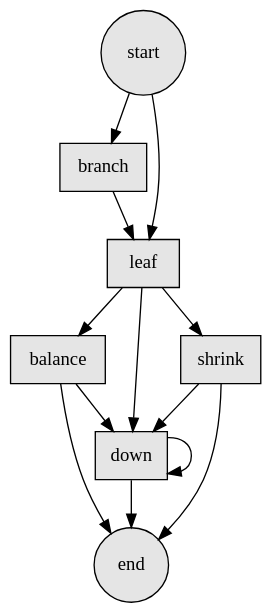
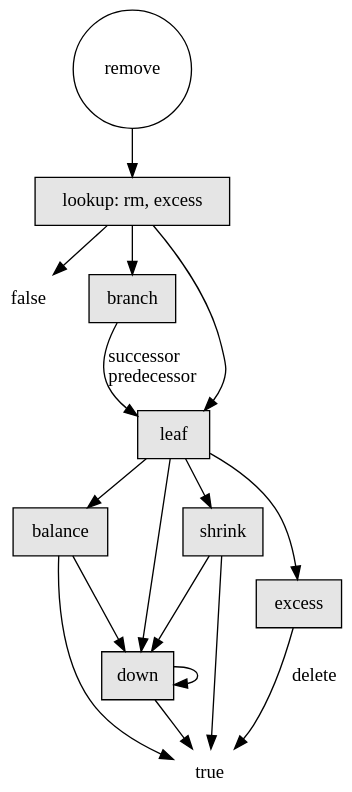
The diagram in doc/remove.gv (neil-edelman/boxes), drawn with Graphviz before and after one commit. The commit also changed 6 other files, not shown here.

```diff
--- a/doc/remove.gv
+++ b/doc/remove.gv
@@ -1,20 +1,26 @@
 digraph {
 	graph [truecolor=true, bgcolor=transparent, fontname="Bitstream Vera Sans"];
 	node [shape=box, style=filled, fontname="Bitstream Vera Sans", fillcolor="Grey90"];
 	edge [fontname="Bitstream Vera Sans"];
 
-	start [shape=circle];
-	start -> branch;
-	start -> leaf;
-	branch -> leaf;
+	remove [shape=circle, style=none];
+	lookup [label="lookup: rm, excess"];
+	remove -> lookup;
+	lookup -> false;
+	lookup -> branch;
+	lookup -> leaf;
+	branch -> leaf [label="successor\lpredecessor\l"];
 	leaf -> balance;
 	leaf -> down;
 	leaf -> shrink;
+	leaf -> excess;
 	balance -> down;
 	down -> down;
-	down -> end;
-	balance -> end;
+	down -> true;
+	balance -> true;
 	shrink -> down;
-	shrink -> end;
-	end [shape=circle];
+	shrink -> true;
+	excess -> true [label="delete"];
+	true [shape=none, style=none];
+	false [shape=none, style=none];
 }
```
